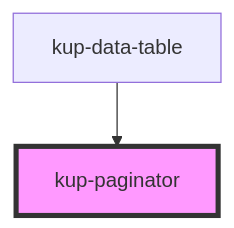
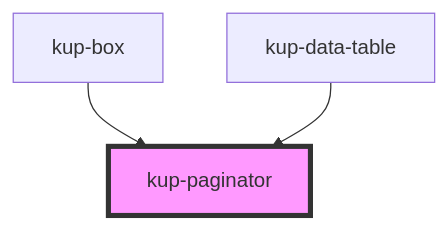
One commit to eusebiu-biroas/ketchup changed the diagram in packages/ketchup/src/components/kup-paginator/readme.md. Above: the diagram before and after it, drawn with Mermaid. The commit also changed other lines of this file and 12 other files, not shown here.

````diff
--- a/packages/ketchup/src/components/kup-paginator/readme.md
+++ b/packages/ketchup/src/components/kup-paginator/readme.md
@@ -42,5 +43,6 @@
 ```mermaid
 graph TD;
+  kup-box --> kup-paginator
   kup-data-table --> kup-paginator
   style kup-paginator fill:#f9f,stroke:#333,stroke-width:4px
 ```
````
